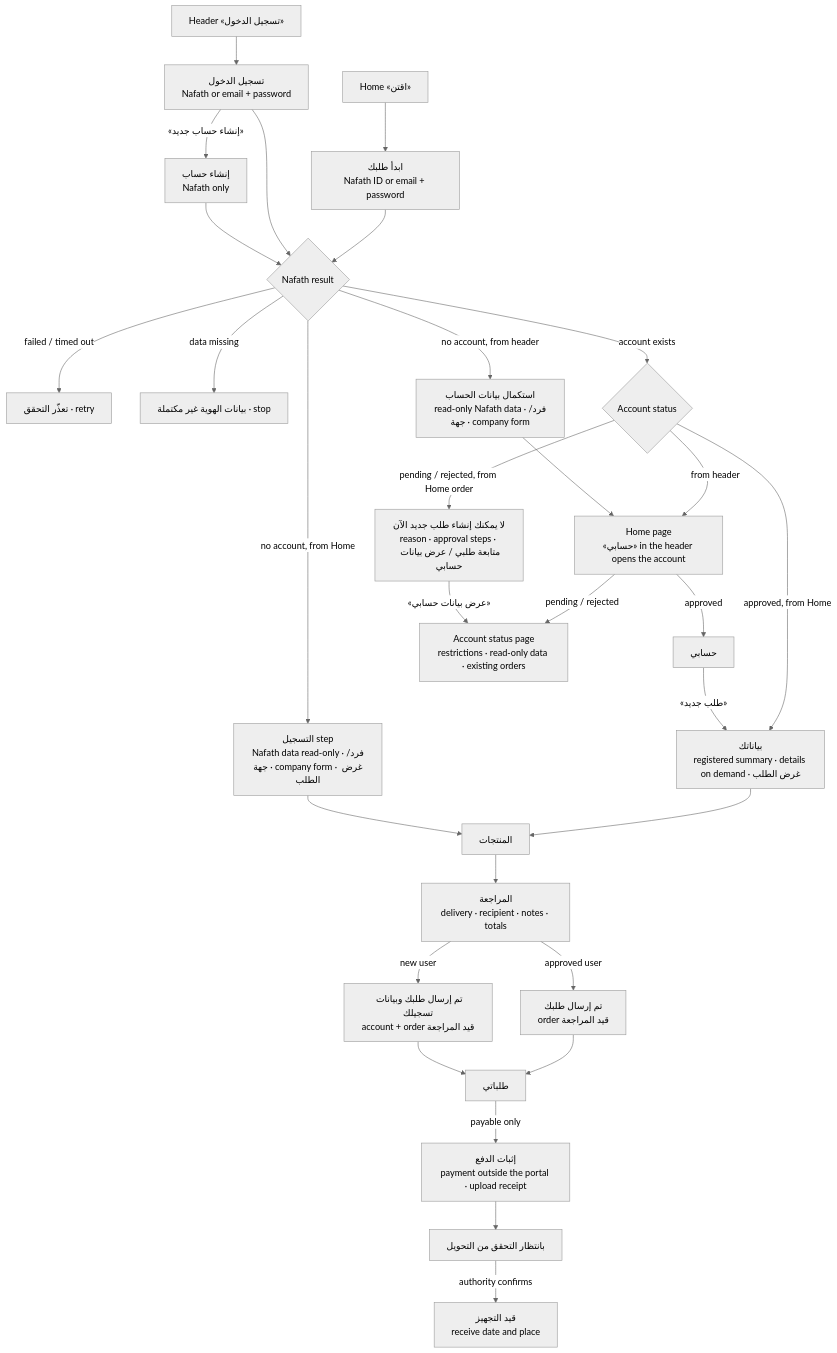
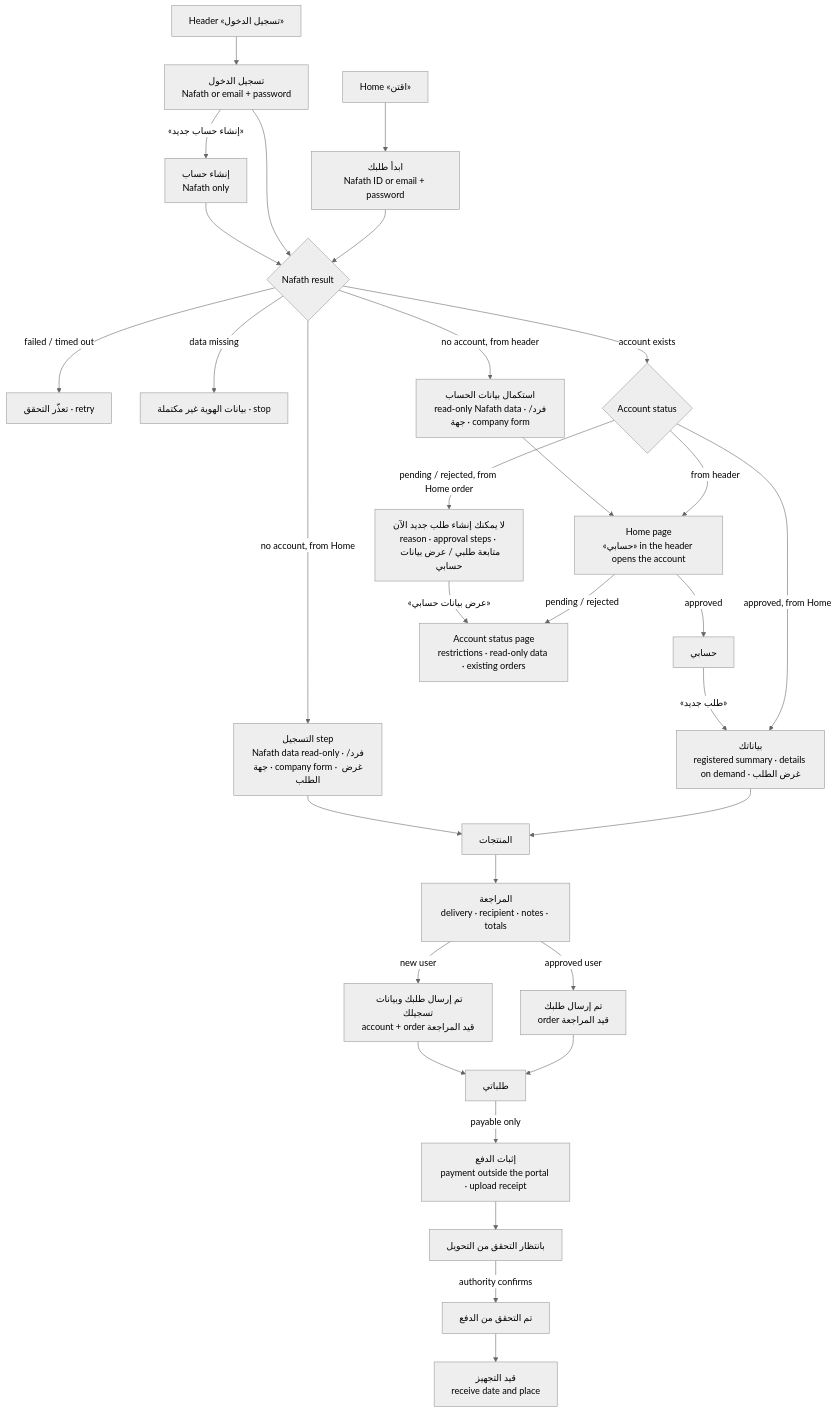
One commit to hagersaeedd363-lgtm/NTG changed the first of 3 diagrams in app/docs/portal-ux.md. Above: the diagram before and after it, drawn with Mermaid (neutral theme). The commit also changed other lines of this file and 8 other files, not shown here.

First line of the commit message:
Add «تم التحقق من الدفع» and make the proof upload-only

````diff
--- a/app/docs/portal-ux.md
+++ b/app/docs/portal-ux.md
@@ -8,30 +8,30 @@
 ```mermaid
 flowchart TD
   H[Home «اقتن»] --> ID[ابدأ طلبك<br/>Nafath ID or email + password]
   N[Header «تسجيل الدخول»] --> L[تسجيل الدخول<br/>Nafath or email + password]
   L -- «إنشاء حساب جديد» --> R[إنشاء حساب<br/>Nafath only]
   ID --> V{Nafath result}
   L --> V
   R --> V
   V -- failed / timed out --> VF[تعذّر التحقق · retry]
   V -- data missing --> VM[بيانات الهوية غير مكتملة · stop]
   V -- account exists --> A{Account status}
   V -- no account, from Home --> REG1[التسجيل step<br/>Nafath data read-only · فرد/جهة · company form · غرض الطلب]
   V -- no account, from header --> REG2[استكمال بيانات الحساب<br/>read-only Nafath data · فرد/جهة · company form]
   A -- approved, from Home --> SUM[بياناتك<br/>registered summary · details on demand · غرض الطلب]
   A -- from header --> HM[Home page<br/>«حسابي» in the header opens the account]
   HM -- approved --> P[حسابي]
   HM -- pending / rejected --> ST[Account status page<br/>restrictions · read-only data · existing orders]
   A -- pending / rejected, from Home order --> BL[لا يمكنك إنشاء طلب جديد الآن<br/>reason · approval steps · متابعة طلبي / عرض بيانات حسابي]
   BL -- «عرض بيانات حسابي» --> ST
   P -- «طلب جديد» --> SUM
   SUM --> PR[المنتجات] --> RV[المراجعة<br/>delivery · recipient · notes · totals]
   REG1 --> PR
   RV -- approved user --> D1[تم إرسال طلبك<br/>order قيد المراجعة]
   RV -- new user --> D2[تم إرسال طلبك وبيانات تسجيلك<br/>account + order قيد المراجعة]
   REG2 --> HM
   D1 --> O[طلباتي]
   D2 --> O
   O -- payable only --> PAY[إثبات الدفع<br/>payment outside the portal · upload receipt]
-  PAY --> VER[بانتظار التحقق من التحويل] -- authority confirms --> PREP[قيد التجهيز<br/>receive date and place]
+  PAY --> VER[بانتظار التحقق من التحويل] -- authority confirms --> PAID[تم التحقق من الدفع] --> PREP[قيد التجهيز<br/>receive date and place]
 ```
````
